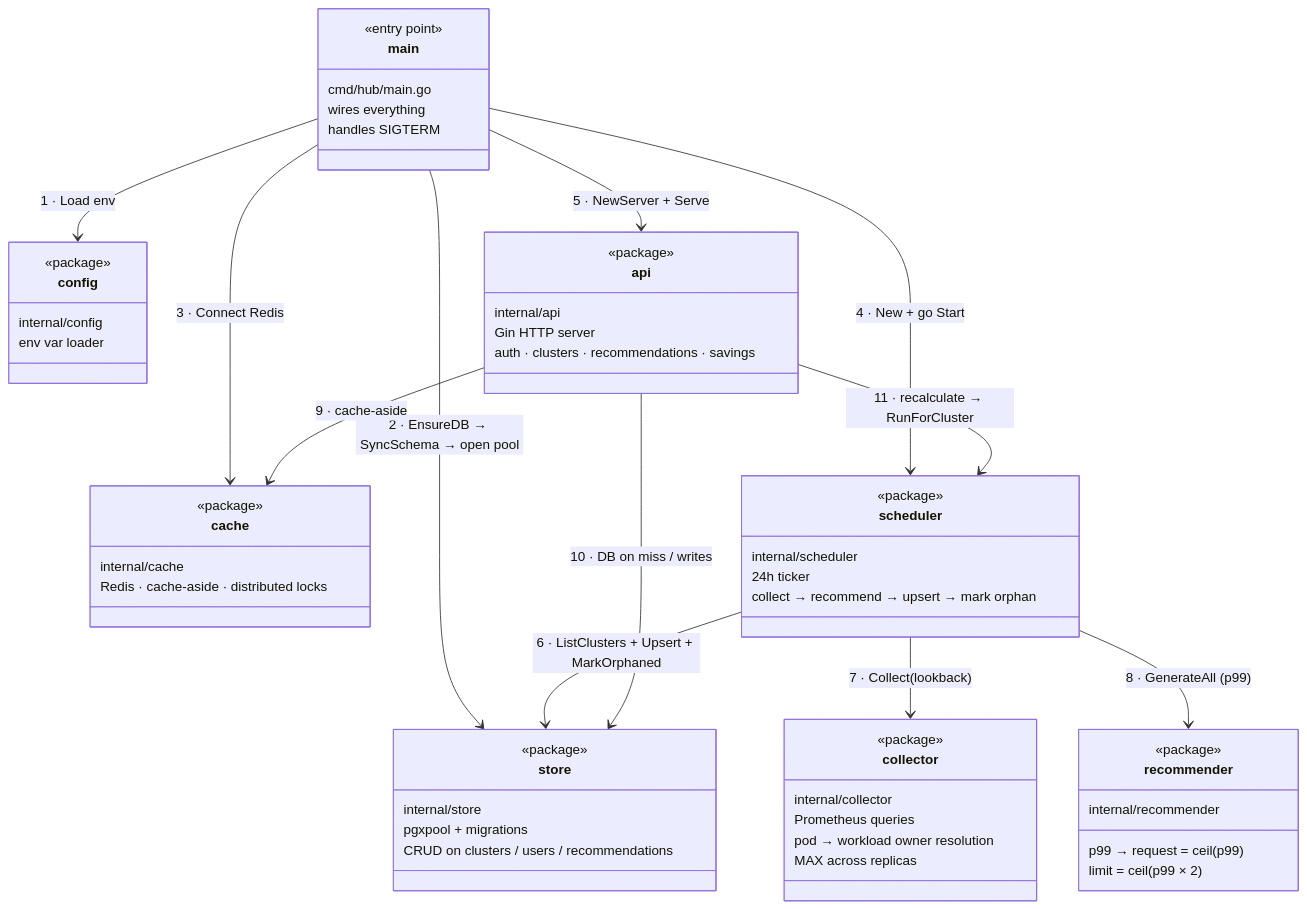
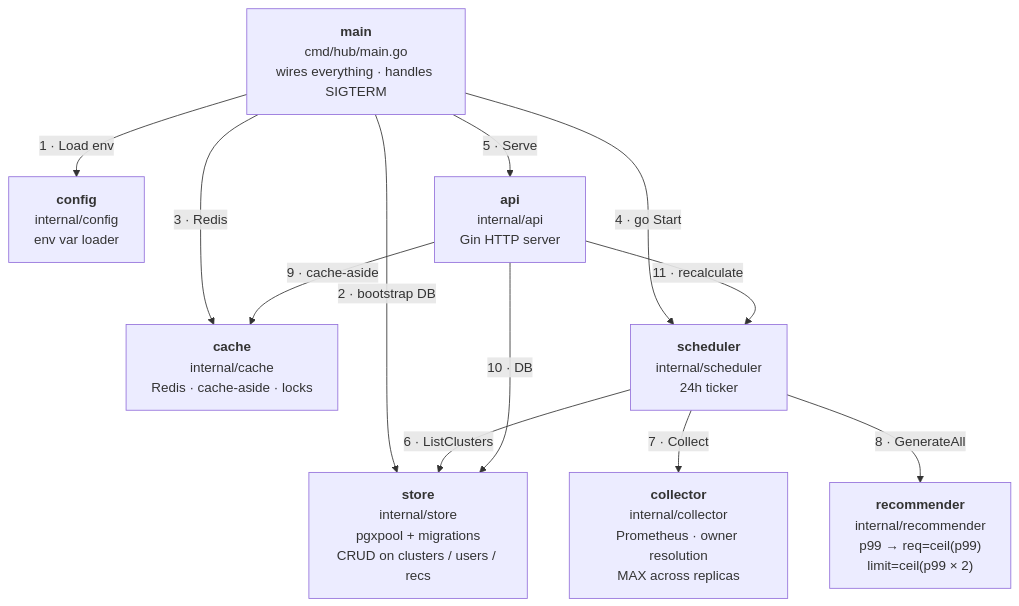
Before and after one commit to RISHABH1270/PodOptix: the diagram in docs/code-map.md, drawn with Mermaid.

Commit message:
docs(code-map): switch to flowchart + short arrow labels, fixes label overlap
classDiagram's layout engine was stacking two edge labels at the same
screen position when arrows crossed. flowchart TB routes edges and
places labels with much less collision.

Also shortened every arrow label to 1-3 words — step number + verb only.
The long "EnsureDB → SyncSchema → open pool" collapses to "bootstrap DB";
"ListClusters + Upsert + MarkOrphaned" collapses to "ListClusters" (the
other calls are implied once you follow the arrow back).

````diff
--- a/docs/code-map.md
+++ b/docs/code-map.md
@@ -3,73 +3,26 @@
 ```mermaid
-classDiagram
-    direction TB
+flowchart TB
+    main["<b>main</b><br/>cmd/hub/main.go<br/>wires everything · handles SIGTERM"]
 
-    class main {
-        <<entry point>>
-        cmd/hub/main.go
-        wires everything
-        handles SIGTERM
-    }
+    config["<b>config</b><br/>internal/config<br/>env var loader"]
+    store["<b>store</b><br/>internal/store<br/>pgxpool + migrations<br/>CRUD on clusters / users / recs"]
+    cache["<b>cache</b><br/>internal/cache<br/>Redis · cache-aside · locks"]
+    collector["<b>collector</b><br/>internal/collector<br/>Prometheus · owner resolution<br/>MAX across replicas"]
+    recommender["<b>recommender</b><br/>internal/recommender<br/>p99 → req=ceil(p99)<br/>limit=ceil(p99 × 2)"]
+    scheduler["<b>scheduler</b><br/>internal/scheduler<br/>24h ticker"]
+    api["<b>api</b><br/>internal/api<br/>Gin HTTP server"]
 
-    class config {
-        <<package>>
-        internal/config
-        env var loader
-    }
+    main -->|"1 · Load env"| config
+    main -->|"2 · bootstrap DB"| store
+    main -->|"3 · Redis"| cache
+    main -->|"4 · go Start"| scheduler
+    main -->|"5 · Serve"| api
 
-    class store {
-        <<package>>
-        internal/store
-        pgxpool + migrations
-        CRUD on clusters / users / recommendations
-    }
+    scheduler -->|"6 · ListClusters"| store
+    scheduler -->|"7 · Collect"| collector
+    scheduler -->|"8 · GenerateAll"| recommender
 
-    class cache {
-        <<package>>
-        internal/cache
-        Redis · cache-aside · distributed locks
-    }
-
-    class collector {
-        <<package>>
-        internal/collector
-        Prometheus queries
-        pod → workload owner resolution
-        MAX across replicas
-    }
-
-    class recommender {
-        <<package>>
-        internal/recommender
-        p99 → request = ceil(p99)
-        limit = ceil(p99 × 2)
-    }
-
-    class scheduler {
-        <<package>>
-        internal/scheduler
-        24h ticker
-        collect → recommend → upsert → mark orphan
-    }
-
-    class api {
-        <<package>>
-        internal/api
-        Gin HTTP server
-        auth · clusters · recommendations · savings
-    }
-
-    main --> config : 1 · Load env
-    main --> store : 2 · EnsureDB → SyncSchema → open pool
-    main --> cache : 3 · Connect Redis
-    main --> scheduler : 4 · New + go Start
-    main --> api : 5 · NewServer + Serve
-
-    scheduler --> store : 6 · ListClusters + Upsert + MarkOrphaned
-    scheduler --> collector : 7 · Collect(lookback)
-    scheduler --> recommender : 8 · GenerateAll (p99)
-
-    api --> cache : 9 · cache-aside
-    api --> store : 10 · DB on miss / writes
-    api --> scheduler : 11 · recalculate → RunForCluster
+    api -->|"9 · cache-aside"| cache
+    api -->|"10 · DB"| store
+    api -->|"11 · recalculate"| scheduler
 ```
````
